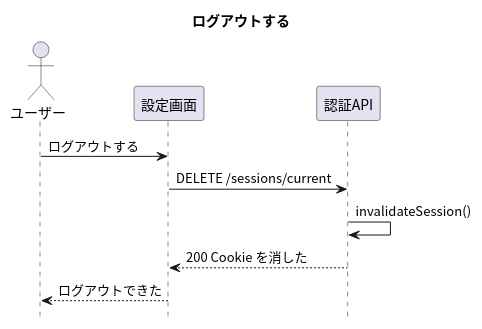
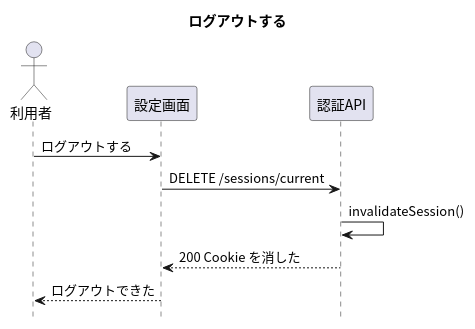
The diagram in apis/logout/入口.puml (masamasamasato/design-doc-template), drawn with PlantUML before and after one commit. The commit also changed 67 other files, not shown here.

First line of the commit message:
日本語の言い回しを直し、図の例をナビに載せる (#13)

```diff
--- a/apis/logout/入口.puml
+++ b/apis/logout/入口.puml
@@ -1,18 +1,18 @@
 @startuml
 skinparam shadowing false
 skinparam defaultFontName "Noto Sans CJK JP"
 skinparam SequenceFontName "Noto Sans CJK JP"
 hide footbox
 
 title ログアウトする
 
-actor "ユーザー" as User
+actor "利用者" as User
 participant "設定画面" as Screen
 participant "認証API" as API
 
 User -> Screen : ログアウトする
 Screen -> API : DELETE /sessions/current
 API -> API : invalidateSession()
 API --> Screen : 200 Cookie を消した
 Screen --> User : ログアウトできた
 @enduml
```
